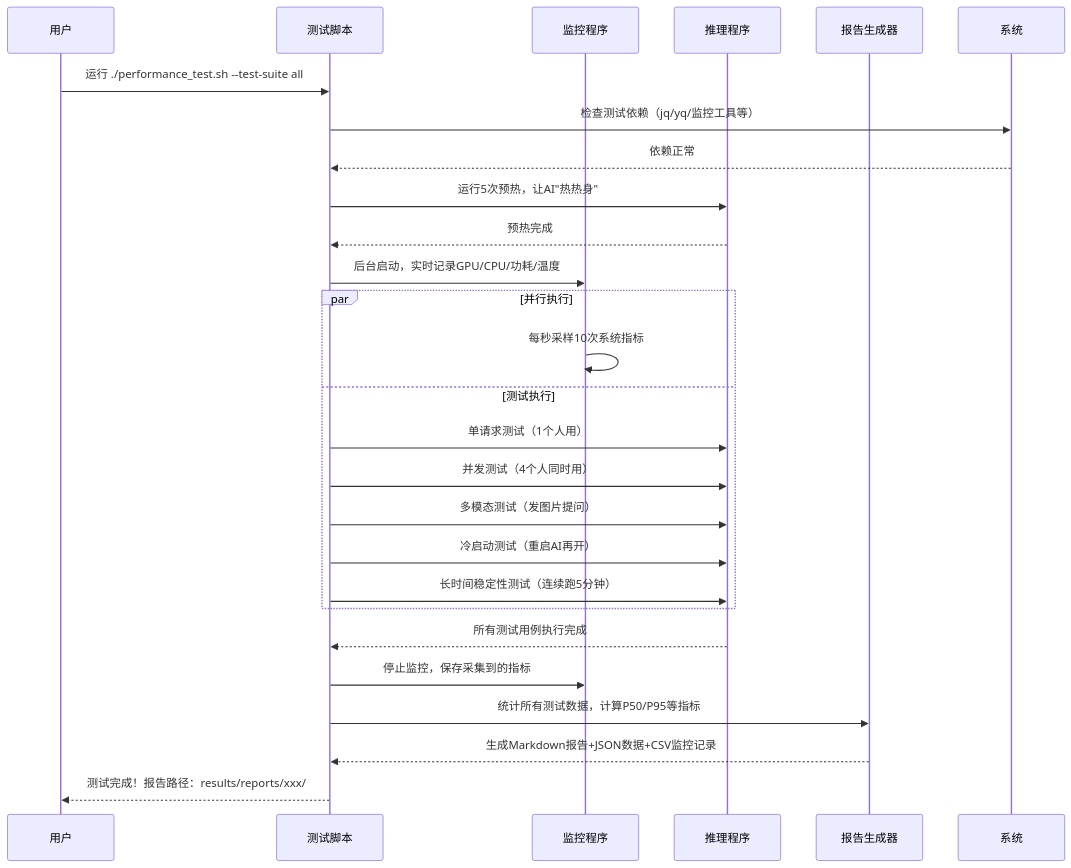
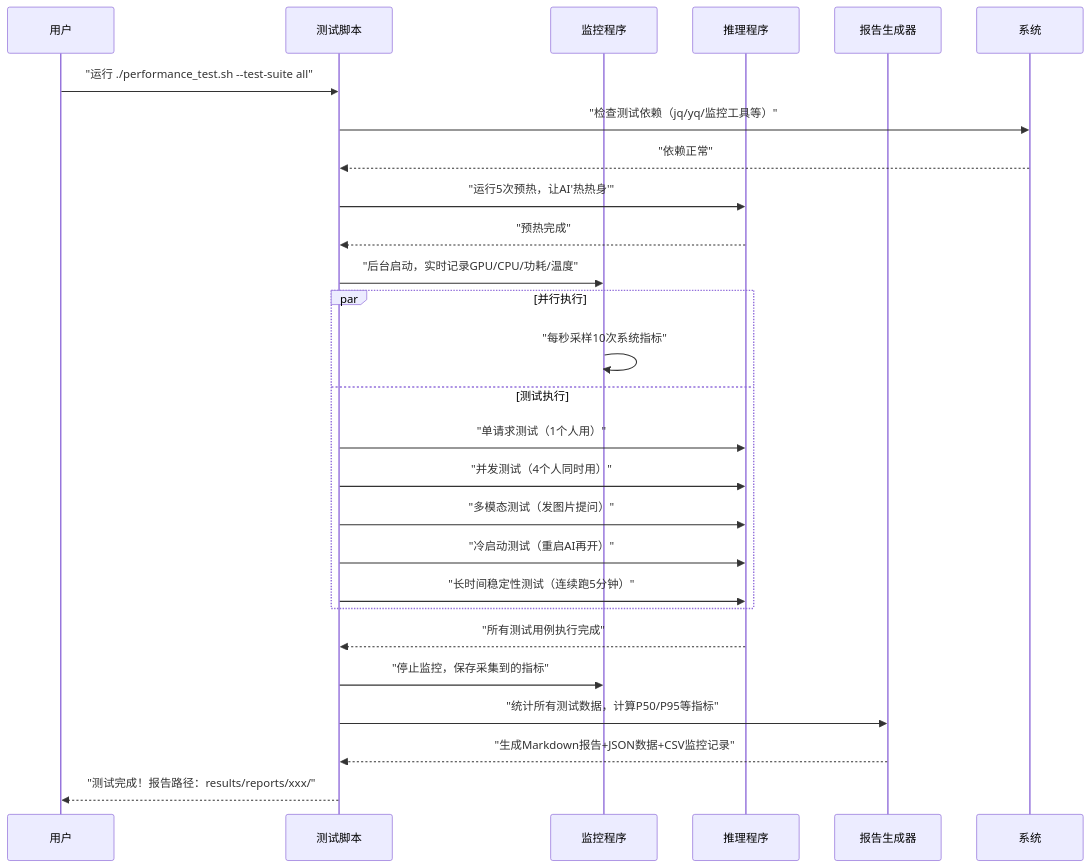
One commit to crazy2010king/TensorRT-Edge-LLM_Local changed the fourth of 4 diagrams in 端侧多模态模型部署全流程讲解.md. Above: the diagram before and after it, drawn with Mermaid. The commit also changed other lines of this file, not shown here.

Commit message:
修复：Mermaid流程图解析错误

````diff
--- a/端侧多模态模型部署全流程讲解.md
+++ b/端侧多模态模型部署全流程讲解.md
@@ -120,29 +120,29 @@
 ```mermaid
 sequenceDiagram
     participant 用户
     participant 测试脚本
     participant 监控程序
     participant 推理程序
     participant 报告生成器
 
-    用户->>测试脚本: 运行 ./performance_test.sh --test-suite all
-    测试脚本->>系统: 检查测试依赖（jq/yq/监控工具等）
-    系统-->>测试脚本: 依赖正常
-    测试脚本->>推理程序: 运行5次预热，让AI"热热身"
-    推理程序-->>测试脚本: 预热完成
-    测试脚本->>监控程序: 后台启动，实时记录GPU/CPU/功耗/温度
+    用户->>测试脚本: "运行 ./performance_test.sh --test-suite all"
+    测试脚本->>系统: "检查测试依赖（jq/yq/监控工具等）"
+    系统-->>测试脚本: "依赖正常"
+    测试脚本->>推理程序: "运行5次预热，让AI'热热身'"
+    推理程序-->>测试脚本: "预热完成"
+    测试脚本->>监控程序: "后台启动，实时记录GPU/CPU/功耗/温度"
     par 并行执行
-        监控程序->>监控程序: 每秒采样10次系统指标
+        监控程序->>监控程序: "每秒采样10次系统指标"
     and 测试执行
-        测试脚本->>推理程序: 单请求测试（1个人用）
-        测试脚本->>推理程序: 并发测试（4个人同时用）
-        测试脚本->>推理程序: 多模态测试（发图片提问）
-        测试脚本->>推理程序: 冷启动测试（重启AI再开）
-        测试脚本->>推理程序: 长时间稳定性测试（连续跑5分钟）
+        测试脚本->>推理程序: "单请求测试（1个人用）"
+        测试脚本->>推理程序: "并发测试（4个人同时用）"
+        测试脚本->>推理程序: "多模态测试（发图片提问）"
+        测试脚本->>推理程序: "冷启动测试（重启AI再开）"
+        测试脚本->>推理程序: "长时间稳定性测试（连续跑5分钟）"
     end
-    推理程序-->>测试脚本: 所有测试用例执行完成
-    测试脚本->>监控程序: 停止监控，保存采集到的指标
-    测试脚本->>报告生成器: 统计所有测试数据，计算P50/P95等指标
-    报告生成器-->>测试脚本: 生成Markdown报告+JSON数据+CSV监控记录
-    测试脚本-->>用户: 测试完成！报告路径：results/reports/xxx/
+    推理程序-->>测试脚本: "所有测试用例执行完成"
+    测试脚本->>监控程序: "停止监控，保存采集到的指标"
+    测试脚本->>报告生成器: "统计所有测试数据，计算P50/P95等指标"
+    报告生成器-->>测试脚本: "生成Markdown报告+JSON数据+CSV监控记录"
+    测试脚本-->>用户: "测试完成！报告路径：results/reports/xxx/"
 ```
````
